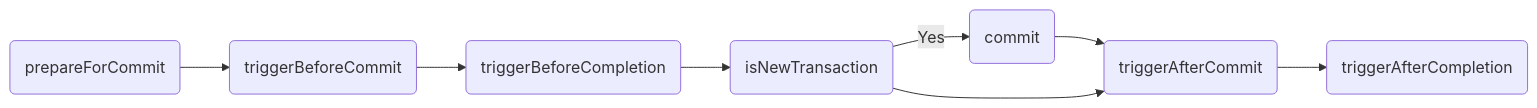
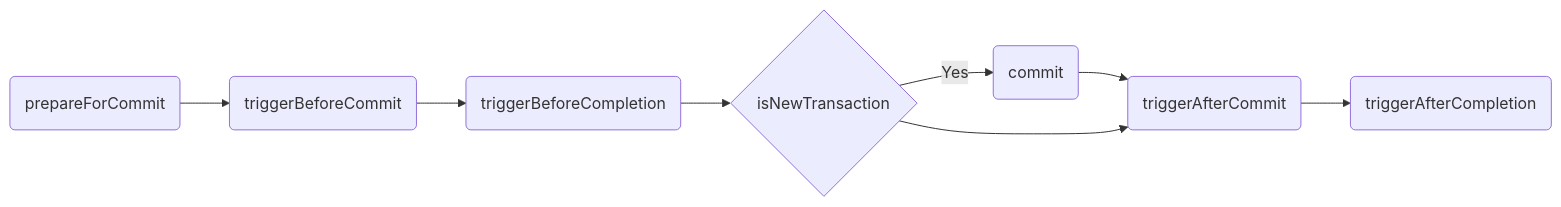
Before and after one commit to liqi19950722/Work: the fifth of 6 diagrams in work-2-04/理解并完成 Spring 事务传播机制与 EJB 规范的联系.md, drawn with Mermaid. The commit also changed other lines of this file, not shown here.

Commit message:
predict图形

````diff
--- a/work-2-04/理解并完成 Spring 事务传播机制与 EJB 规范的联系.md
+++ b/work-2-04/理解并完成 Spring 事务传播机制与 EJB 规范的联系.md
@@ -146,10 +146,10 @@
 ```mermaid
 flowchart LR
     prepareForCommit(prepareForCommit) -->
     triggerBeforeCommit(triggerBeforeCommit) -->
     riggerBeforeCompletion(triggerBeforeCompletion) --> 
     isNewTransaction{isNewTransaction} --> |Yes| doCommit(commit) --> triggerAfterCommit
-    isNewTransaction(isNewTransaction) -->
+    isNewTransaction{isNewTransaction} -->
     triggerAfterCommit(triggerAfterCommit) -->
     triggerAfterCompletion(triggerAfterCompletion)
 ```
````
